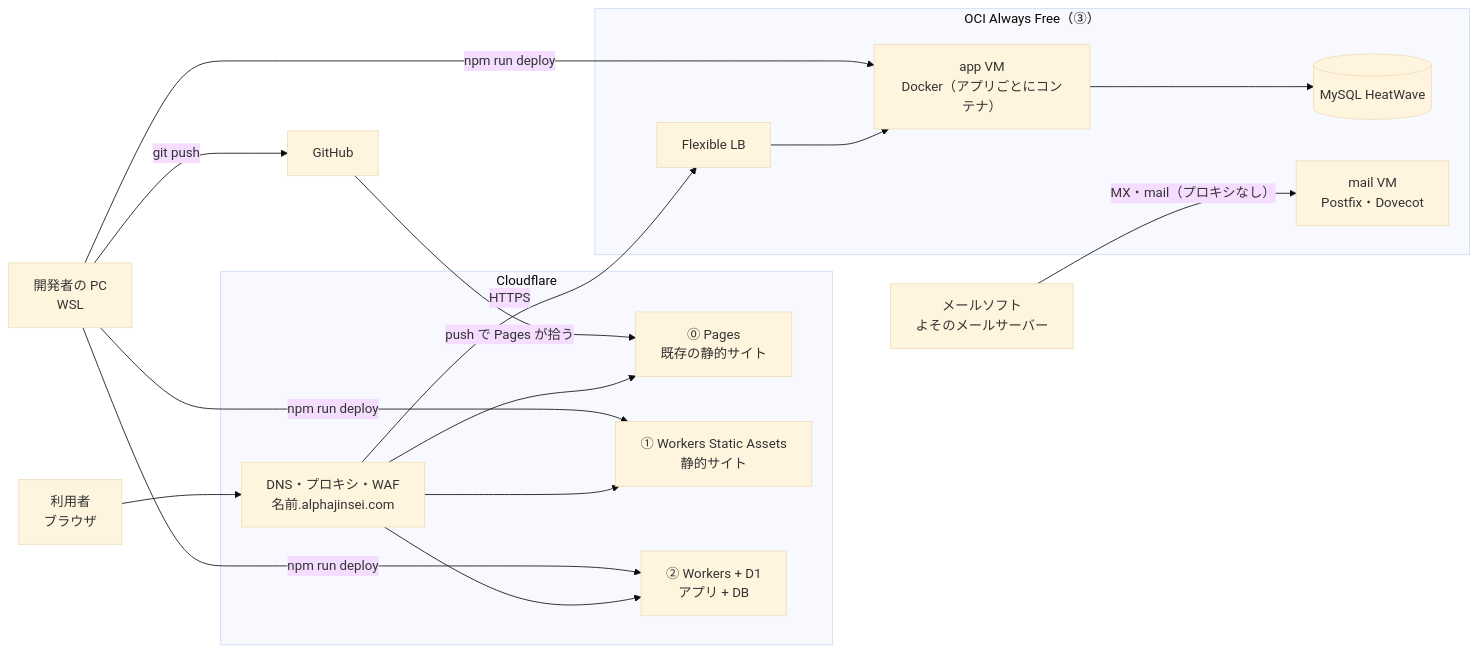
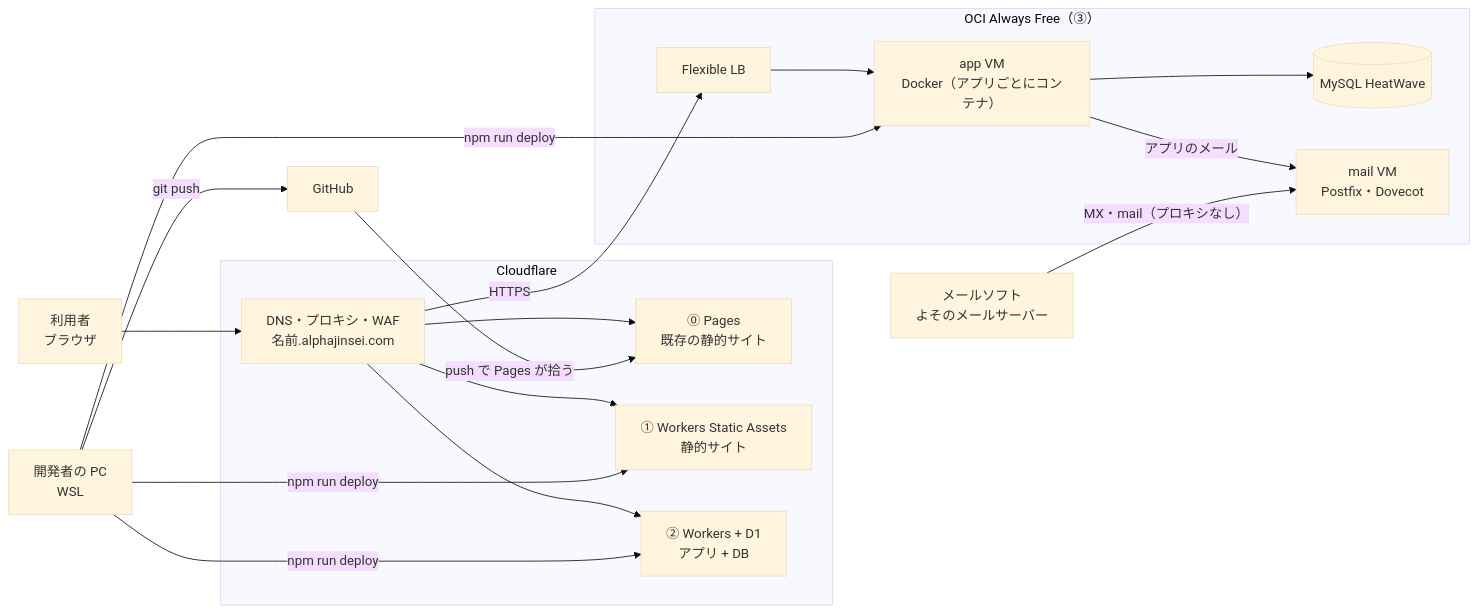
One commit to alphajinsei/cf-infra-playbook changed the diagram in docs/design/overview.md. Above: the diagram before and after it, drawn with Mermaid (base theme). The commit also changed other lines of this file and 4 other files, not shown here.

Commit message:
OCI mail: 8-6 done (app sending by IP trust); diagrams updated to 8-6

````diff
--- a/docs/design/overview.md
+++ b/docs/design/overview.md
@@ -36,28 +36,29 @@
 ```mermaid
 flowchart LR
   user["利用者<br/>ブラウザ"] --> dns
   peer["メールソフト<br/>よそのメールサーバー"]
   dev["開発者の PC<br/>WSL"]
   gh["GitHub"]
   subgraph cf["Cloudflare"]
     dns["DNS・プロキシ・WAF<br/>名前.alphajinsei.com"]
     pages["⓪ Pages<br/>既存の静的サイト"]
     static["① Workers Static Assets<br/>静的サイト"]
     worker["② Workers + D1<br/>アプリ + DB"]
   end
   subgraph oci["OCI Always Free（③）"]
     lb["Flexible LB"] --> app["app VM<br/>Docker（アプリごとにコンテナ）"]
     app --> db[("MySQL HeatWave")]
     mail["mail VM<br/>Postfix・Dovecot"]
+    app -- "アプリのメール" --> mail
   end
   dns --> pages
   dns --> static
   dns --> worker
   dns -- "HTTPS" --> lb
   peer -- "MX・mail（プロキシなし）" --> mail
   dev -- "npm run deploy" --> static
   dev -- "npm run deploy" --> worker
   dev -- "npm run deploy" --> app
   dev -- "git push" --> gh
   gh -- "push で Pages が拾う" --> pages
 ```
````
